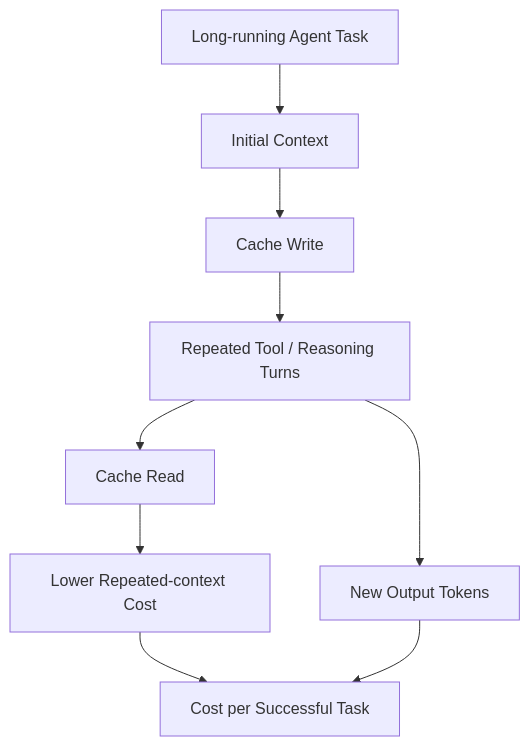
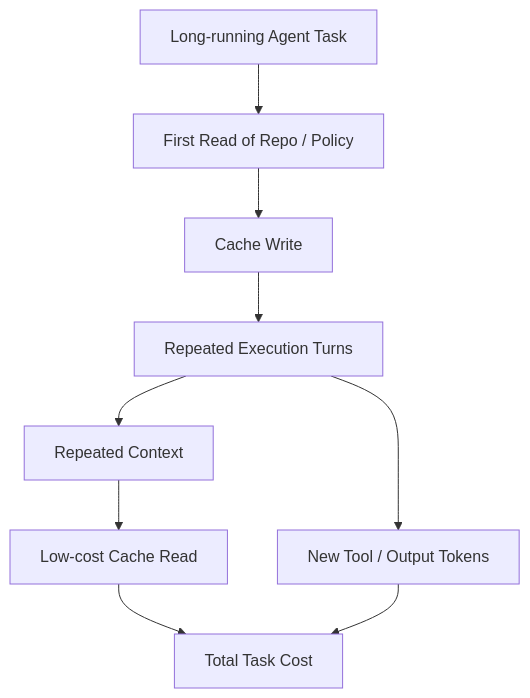
Diagram 15 of 24 in 260902.md (wlf186/ai-daily-headlines), drawn with Mermaid before and after one commit. The commit also changed other lines of this file, not shown here.

````diff
--- a/260902.md
+++ b/260902.md
@@ -842,11 +908,11 @@
 ```mermaid
 flowchart TD
-    FC1[Long-running Agent Task] --> FC2[Initial Context]
-    FC2 --> FC3[Cache Write]
-    FC3 --> FC4[Repeated Tool / Reasoning Turns]
-    FC4 --> FC5[Cache Read]
-    FC5 --> FC6[Lower Repeated-context Cost]
-    FC4 --> FC7[New Output Tokens]
-    FC6 --> FC8[Cost per Successful Task]
-    FC7 --> FC8
+    F1[Long-running Agent Task] --> F2[First Read of Repo / Policy]
+    F2 --> F3[Cache Write]
+    F3 --> F4[Repeated Execution Turns]
+    F4 --> F5[Repeated Context]
+    F5 --> F6[Low-cost Cache Read]
+    F4 --> F7[New Tool / Output Tokens]
+    F6 --> F8[Total Task Cost]
+    F7 --> F8
 ```
````
